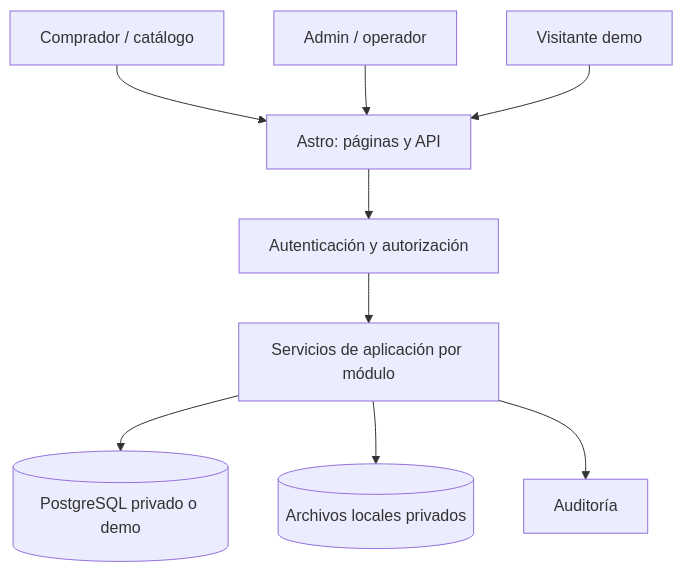
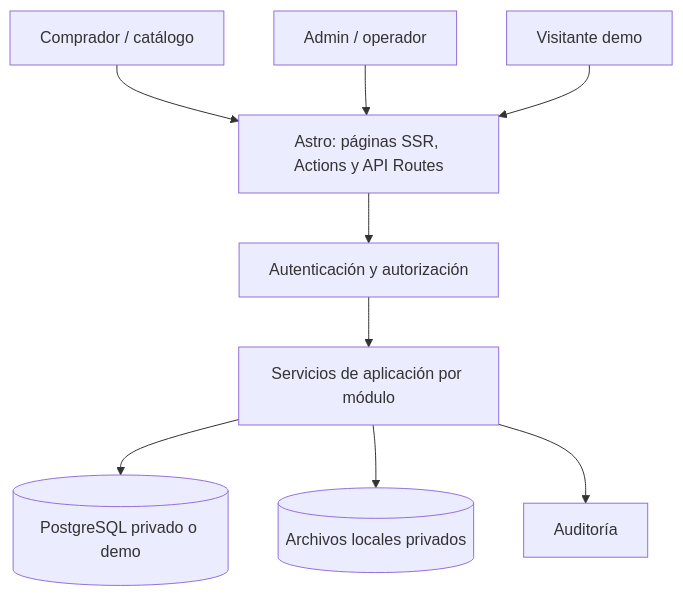
The first of 3 diagrams in docs/02-diseno/03-architecture.md (LucianoOPM/traveler-web-app), drawn with Mermaid before and after one commit. The commit also changed other lines of this file and 6 other files, not shown here.

First line of the commit message:
docs: ADR-025 y ADR-026 (Astro Actions y servicios con DI por constructor) y plan de H2

````diff
--- a/docs/02-diseno/03-architecture.md
+++ b/docs/02-diseno/03-architecture.md
@@ -6,11 +6,11 @@
 ```mermaid
 flowchart TB
-  B[Comprador / catálogo] --> A[Astro: páginas y API]
+  B[Comprador / catálogo] --> A[Astro: páginas SSR, Actions y API Routes]
   P[Admin / operador] --> A
   V[Visitante demo] --> A
   A --> G[Autenticación y autorización]
   G --> S[Servicios de aplicación por módulo]
   S --> D[(PostgreSQL privado o demo)]
   S --> F[(Archivos locales privados)]
   S --> U[Auditoría]
 ```
````
